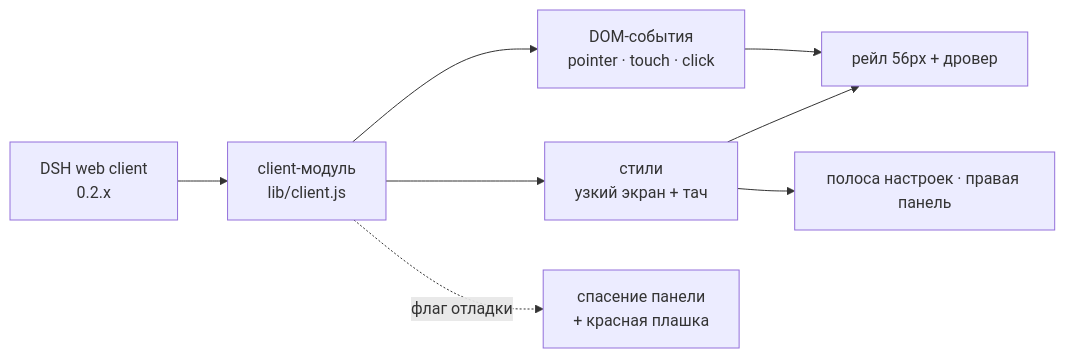
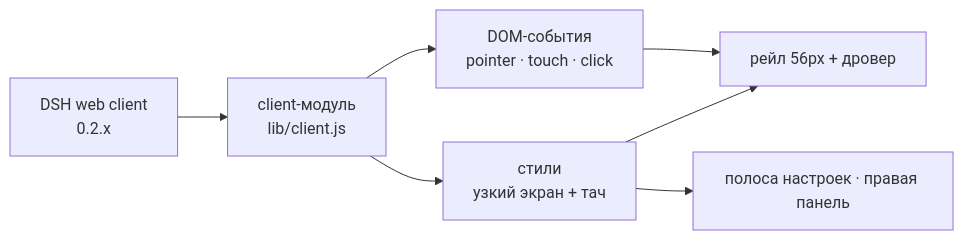
Before and after one commit to zven73/dsh-mobile-fix: the diagram in README.ru.md, drawn with Mermaid. The commit also changed other lines of this file and 6 other files, not shown here.

````diff
--- a/README.ru.md
+++ b/README.ru.md
@@ -102,10 +102,9 @@
 ```mermaid
 flowchart LR
   A[DSH web client<br/>0.2.x] --> B[client-модуль<br/>lib/client.js]
   B --> C[стили<br/>узкий экран + тач]
   B --> D[DOM-события<br/>pointer · touch · click]
   C --> E[рейл 56px + дровер]
   C --> F[полоса настроек · правая панель]
   D --> E
-  B -. флаг отладки .-> G[спасение панели<br/>+ красная плашка]
 ```
````
